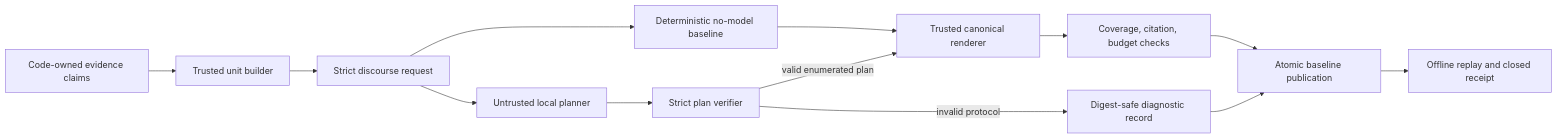
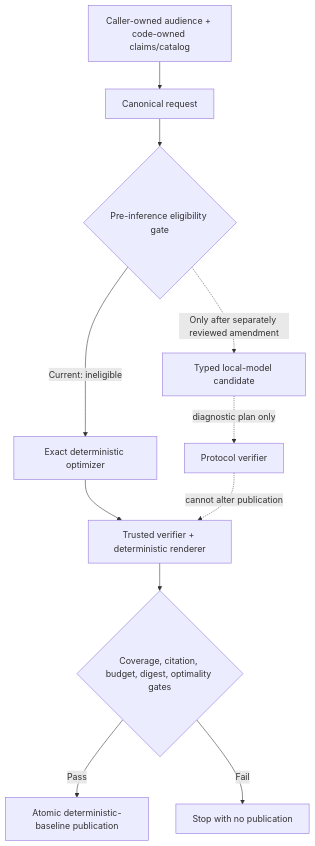
Before and after one commit to Siddhant-K-code/VoxelScope: the diagram in docs/evidence-communication-v5-discourse-planner-contract.md, drawn with Mermaid. The commit also changed other lines of this file and 11 other files, not shown here.

````diff
--- a/docs/evidence-communication-v5-discourse-planner-contract.md
+++ b/docs/evidence-communication-v5-discourse-planner-contract.md
@@ -17,15 +119,13 @@
 ```mermaid
-flowchart LR
-    E[Code-owned evidence claims] --> U[Trusted unit builder]
-    U --> Q[Strict discourse request]
-    Q --> B[Deterministic no-model baseline]
-    Q --> M[Untrusted local planner]
-    M --> V[Strict plan verifier]
-    V -->|valid enumerated plan| R[Trusted canonical renderer]
-    V -->|invalid protocol| D[Digest-safe diagnostic record]
-    B --> R
-    R --> C[Coverage, citation, budget checks]
-    C --> P[Atomic baseline publication]
-    D --> P
-    P --> X[Offline replay and closed receipt]
+flowchart TD
+    A[Caller-owned audience + code-owned claims/catalog] --> B[Canonical request]
+    B --> C{Pre-inference eligibility gate}
+    C -->|Current: ineligible| D[Exact deterministic optimizer]
+    C -.->|Only after separately reviewed amendment| E[Typed local-model candidate]
+    D --> F[Trusted verifier + deterministic renderer]
+    E -. diagnostic plan only .-> G[Protocol verifier]
+    G -. cannot alter publication .-> F
+    F --> H{Coverage, citation, budget, digest, optimality gates}
+    H -->|Pass| I[Atomic deterministic-baseline publication]
+    H -->|Fail| J[Stop with no publication]
 ```
````
